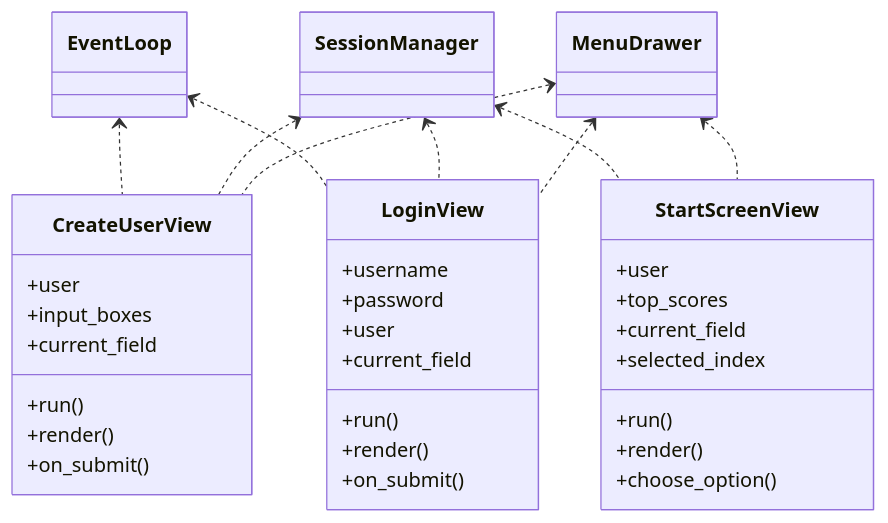
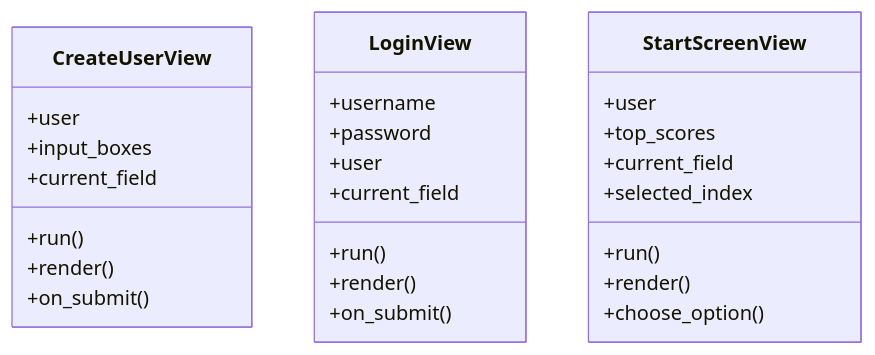
The third of 17 diagrams in dokumentaatio/arkkitehtuuri.md (Tapir79/ot-harjoitustyo), drawn with Mermaid before and after one commit. The commit also changed other lines of this file and 6 other files, not shown here.

````diff
--- a/dokumentaatio/arkkitehtuuri.md
+++ b/dokumentaatio/arkkitehtuuri.md
@@ -44,49 +39,32 @@
-```mermaid 
- classDiagram
-
-    class MenuDrawer
-    class SessionManager
-    class EventLoop
+```mermaid
+classDiagram
 
     class CreateUserView {
         +user
         +input_boxes
         +current_field
         +run()
         +render()
         +on_submit()
     }
 
     class LoginView {
         +username
         +password
         +user
         +current_field
         +run()
         +render()
         +on_submit()
     }
 
     class StartScreenView {
         +user
         +top_scores
         +current_field
         +selected_index
         +run()
         +render()
         +choose_option()
     }
-
-    %% Composition (providers at the top)
-    MenuDrawer <.. CreateUserView
-    MenuDrawer <.. LoginView
-    MenuDrawer <.. StartScreenView
-
-    SessionManager <.. CreateUserView
-    SessionManager <.. LoginView
-    SessionManager <.. StartScreenView
-
-    EventLoop <.. CreateUserView
-    EventLoop <.. LoginView
-
 ```
````
